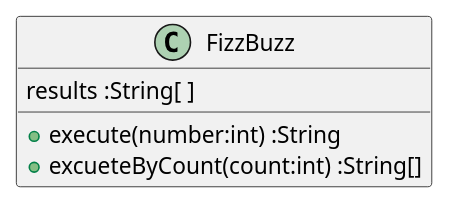
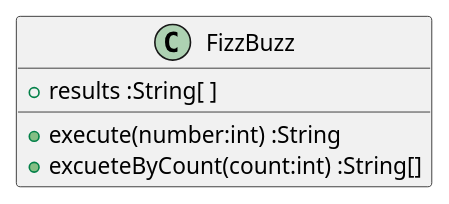
Before and after one commit to k2works/etude_for_java: the first of 2 diagrams in docs/src/fizzbuzz.md, drawn with PlantUML. The commit also changed other lines of this file and 5 other files, not shown here.

````diff
--- a/docs/src/fizzbuzz.md
+++ b/docs/src/fizzbuzz.md
@@ -28,9 +28,9 @@
 ```puml
 @startuml
 class FizzBuzz {
-  results :String[ ]
+  +results :String[ ]
   +execute(number:int) :String
   +excueteByCount(count:int) :String[]
 }
 @enduml
 ```
````
